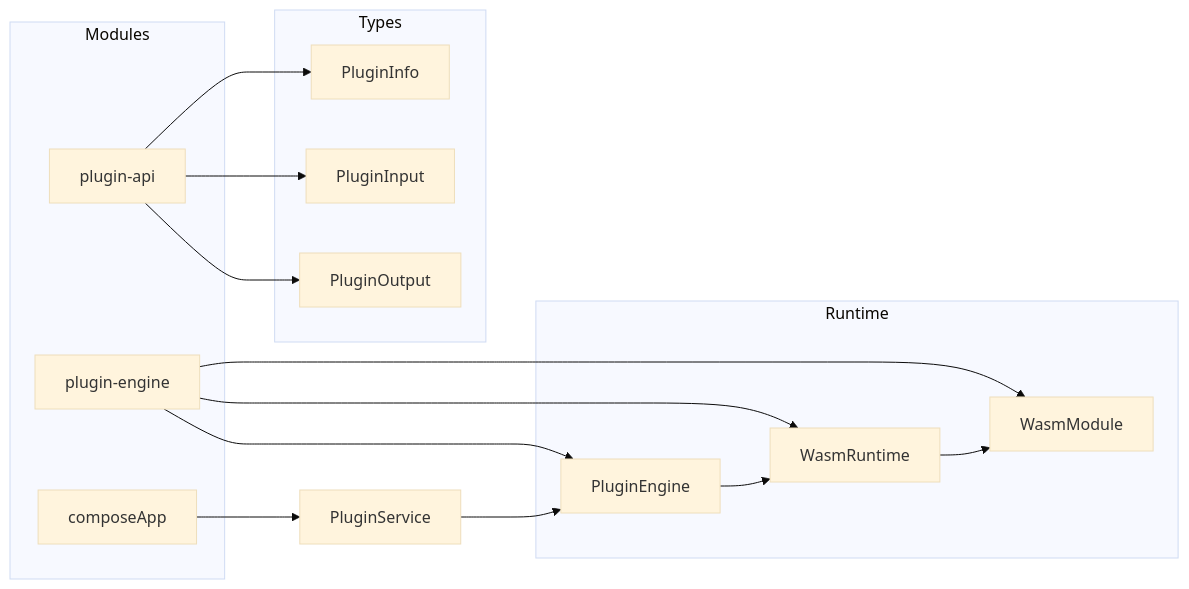
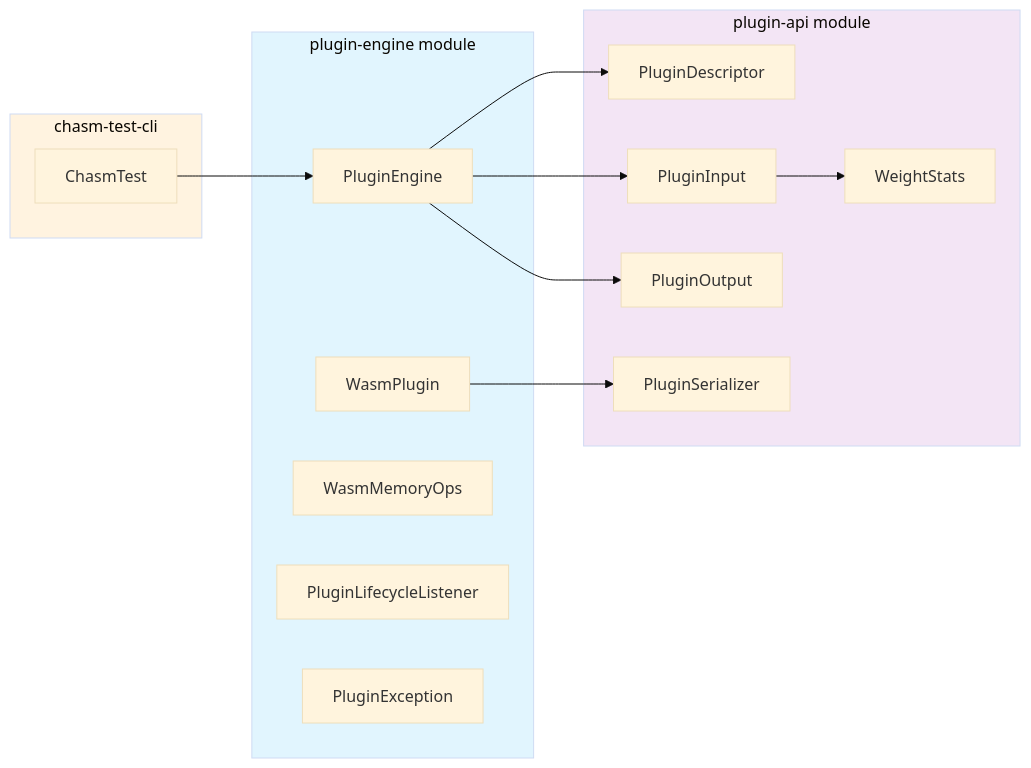
One commit to michalharakal/wasm-plugin-system changed the second of 13 diagrams in README.md. Above: the diagram before and after it, drawn with Mermaid (base theme). The commit also changed other lines of this file, not shown here.

First line of the commit message:
Update README to match actual codebase: fix versions, types, and extend diagrams

````diff
--- a/README.md
+++ b/README.md
@@ -50,32 +72,33 @@
 ```mermaid
 graph LR
-    subgraph Modules
-        API[plugin-api]
-        ENGINE[plugin-engine]
-        APP[composeApp]
+    subgraph plugin-api["plugin-api module"]
+        PD[PluginDescriptor]
+        PI[PluginInput]
+        PO[PluginOutput]
+        WS[WeightStats]
+        SER[PluginSerializer]
     end
 
-    subgraph Types
-        PI[PluginInfo]
-        PIN[PluginInput]
-        PO[PluginOutput]
+    subgraph plugin-engine["plugin-engine module"]
+        PE[PluginEngine]
+        WP[WasmPlugin]
+        MO[WasmMemoryOps]
+        LL[PluginLifecycleListener]
+        EX[PluginException]
     end
 
-    subgraph Runtime
-        WR[WasmRuntime]
-        WM[WasmModule]
-        PE[PluginEngine]
+    subgraph chasm-test-cli["chasm-test-cli"]
+        CT[ChasmTest]
     end
 
-    API --> PI
-    API --> PIN
-    API --> PO
-    ENGINE --> WR
-    ENGINE --> WM
-    ENGINE --> PE
-    APP --> PS[PluginService]
+    PE --> PD
+    PE --> PI
+    PE --> PO
+    WP --> SER
+    PI --> WS
+    CT --> PE
 
-    PS --> PE
-    PE --> WR
-    WR --> WM
+    style plugin-api fill:#f3e5f5
+    style plugin-engine fill:#e1f5fe
+    style chasm-test-cli fill:#fff3e0
 ```
````
